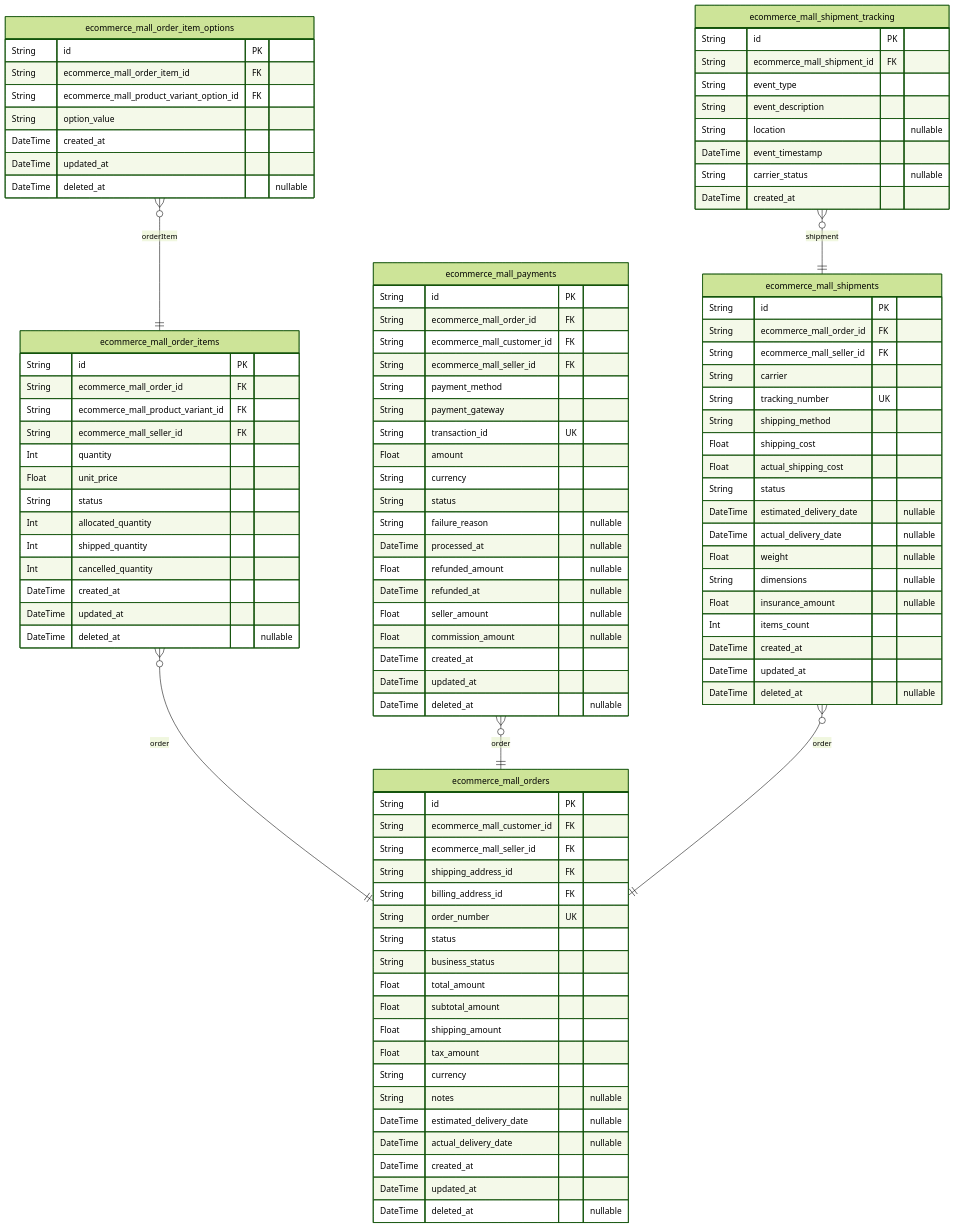
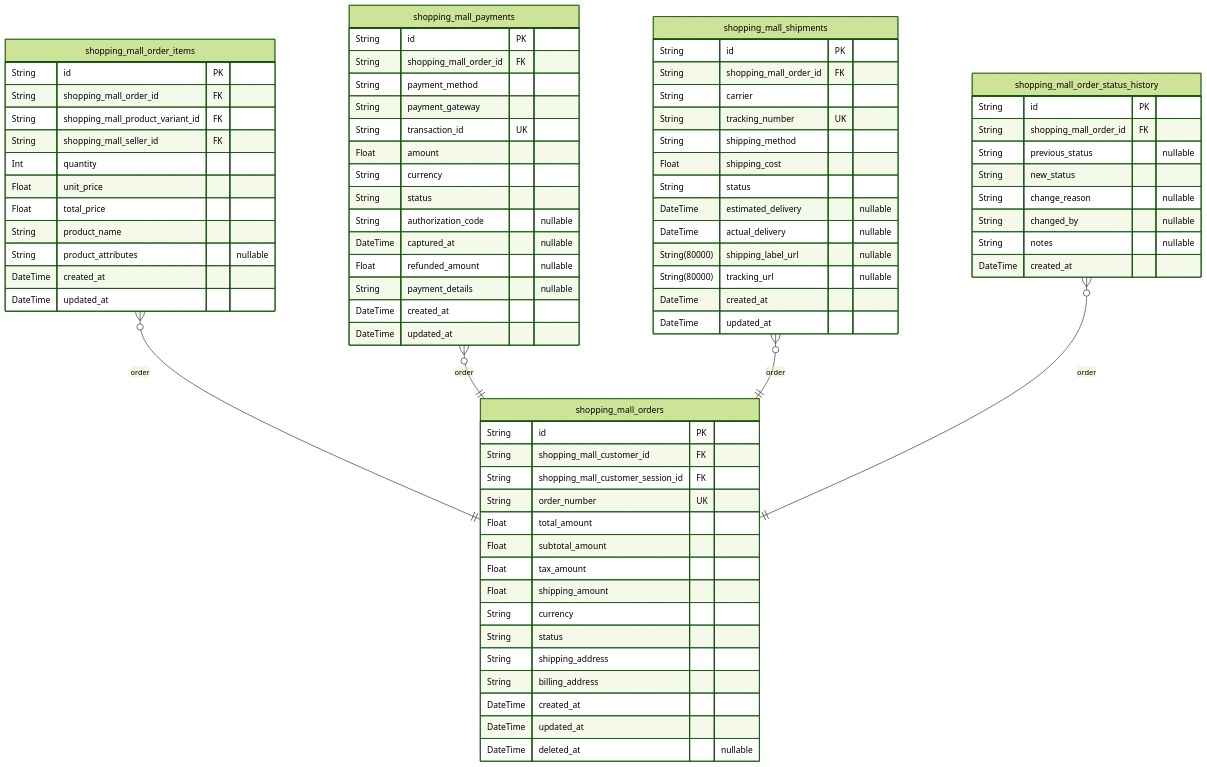
The fifth of 10 diagrams in deepseek/deepseek-v3.1-terminus-exacto/shopping/docs/ERD.md (wrtnlabs/autobe-examples), drawn with Mermaid (forest theme) before and after one commit. The commit also changed other lines of this file and 7173 other files, not shown here.

````diff
--- a/deepseek/deepseek-v3.1-terminus-exacto/shopping/docs/ERD.md
+++ b/deepseek/deepseek-v3.1-terminus-exacto/shopping/docs/ERD.md
@@ -1165,104 +901,78 @@
 ```mermaid
 erDiagram
-"ecommerce_mall_orders" {
+"shopping_mall_orders" {
   String id PK
-  String ecommerce_mall_customer_id FK
-  String ecommerce_mall_seller_id FK
-  String shipping_address_id FK
-  String billing_address_id FK
+  String shopping_mall_customer_id FK
+  String shopping_mall_customer_session_id FK
   String order_number UK
-  String status
-  String business_status
   Float total_amount
   Float subtotal_amount
+  Float tax_amount
   Float shipping_amount
-  Float tax_amount
   String currency
-  String notes "nullable"
-  DateTime estimated_delivery_date "nullable"
-  DateTime actual_delivery_date "nullable"
+  String status
+  String shipping_address
+  String billing_address
   DateTime created_at
   DateTime updated_at
   DateTime deleted_at "nullable"
 }
-"ecommerce_mall_order_items" {
+"shopping_mall_order_items" {
   String id PK
-  String ecommerce_mall_order_id FK
-  String ecommerce_mall_product_variant_id FK
-  String ecommerce_mall_seller_id FK
+  String shopping_mall_order_id FK
+  String shopping_mall_product_variant_id FK
+  String shopping_mall_seller_id FK
   Int quantity
   Float unit_price
-  String status
-  Int allocated_quantity
-  Int shipped_quantity
-  Int cancelled_quantity
+  Float total_price
+  String product_name
+  String product_attributes "nullable"
   DateTime created_at
   DateTime updated_at
-  DateTime deleted_at "nullable"
 }
-"ecommerce_mall_order_item_options" {
+"shopping_mall_payments" {
   String id PK
-  String ecommerce_mall_order_item_id FK
-  String ecommerce_mall_product_variant_option_id FK
-  String option_value
-  DateTime created_at
-  DateTime updated_at
-  DateTime deleted_at "nullable"
-}
-"ecommerce_mall_payments" {
-  String id PK
-  String ecommerce_mall_order_id FK
-  String ecommerce_mall_customer_id FK
-  String ecommerce_mall_seller_id FK
+  String shopping_mall_order_id FK
   String payment_method
   String payment_gateway
   String transaction_id UK
   Float amount
   String currency
   String status
-  String failure_reason "nullable"
-  DateTime processed_at "nullable"
+  String authorization_code "nullable"
+  DateTime captured_at "nullable"
   Float refunded_amount "nullable"
-  DateTime refunded_at "nullable"
-  Float seller_amount "nullable"
-  Float commission_amount "nullable"
+  String payment_details "nullable"
   DateTime created_at
   DateTime updated_at
-  DateTime deleted_at "nullable"
 }
-"ecommerce_mall_shipments" {
+"shopping_mall_shipments" {
   String id PK
-  String ecommerce_mall_order_id FK
-  String ecommerce_mall_seller_id FK
+  String shopping_mall_order_id FK
   String carrier
   String tracking_number UK
   String shipping_method
   Float shipping_cost
-  Float actual_shipping_cost
   String status
-  DateTime estimated_delivery_date "nullable"
-  DateTime actual_delivery_date "nullable"
-  Float weight "nullable"
-  String dimensions "nullable"
-  Float insurance_amount "nullable"
-  Int items_count
+  DateTime estimated_delivery "nullable"
+  DateTime actual_delivery "nullable"
+  String(80000) shipping_label_url "nullable"
+  String(80000) tracking_url "nullable"
   DateTime created_at
   DateTime updated_at
-  DateTime deleted_at "nullable"
 }
-"ecommerce_mall_shipment_tracking" {
+"shopping_mall_order_status_history" {
   String id PK
-  String ecommerce_mall_shipment_id FK
-  String event_type
-  String event_description
-  String location "nullable"
-  DateTime event_timestamp
-  String carrier_status "nullable"
+  String shopping_mall_order_id FK
+  String previous_status "nullable"
+  String new_status
+  String change_reason "nullable"
+  String changed_by "nullable"
+  String notes "nullable"
   DateTime created_at
 }
-"ecommerce_mall_order_items" }o--|| "ecommerce_mall_orders" : order
-"ecommerce_mall_order_item_options" }o--|| "ecommerce_mall_order_items" : orderItem
-"ecommerce_mall_payments" }o--|| "ecommerce_mall_orders" : order
-"ecommerce_mall_shipments" }o--|| "ecommerce_mall_orders" : order
-"ecommerce_mall_shipment_tracking" }o--|| "ecommerce_mall_shipments" : shipment
+"shopping_mall_order_items" }o--|| "shopping_mall_orders" : order
+"shopping_mall_payments" }o--|| "shopping_mall_orders" : order
+"shopping_mall_shipments" }o--|| "shopping_mall_orders" : order
+"shopping_mall_order_status_history" }o--|| "shopping_mall_orders" : order
 ```
````
